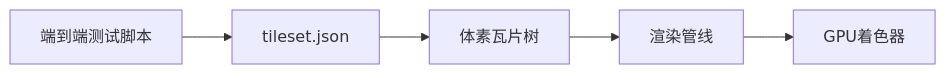
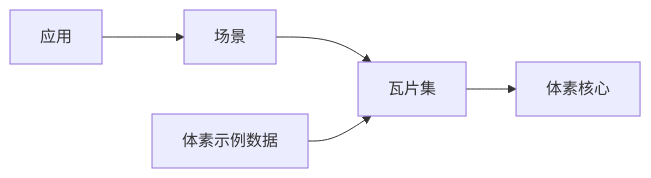
One commit to rzhangjing/cesium changed the sixth of 6 diagrams in .qoder/repowiki/zh/content/项目概述/核心特性/3D数据格式支持/体素数据渲染.md. Above: the diagram before and after it, drawn with Mermaid. The commit also changed other lines of this file and 30 other files, not shown here.

````diff
--- a/.qoder/repowiki/zh/content/项目概述/核心特性/3D数据格式支持/体素数据渲染.md
+++ b/.qoder/repowiki/zh/content/项目概述/核心特性/3D数据格式支持/体素数据渲染.md
@@ -154,7 +230,7 @@
 ```mermaid
 graph LR
-TS["tileset.json"] --> VT["体素瓦片树"]
-VT --> RV["渲染管线"]
-RV --> GPU["GPU着色器"]
-TEST["端到端测试脚本"] --> TS
+App["应用"] --> Scene["场景"]
+Scene --> Tileset["瓦片集"]
+Tileset --> Voxel["体素核心"]
+Data["体素示例数据"] --> Tileset
 ```
````
